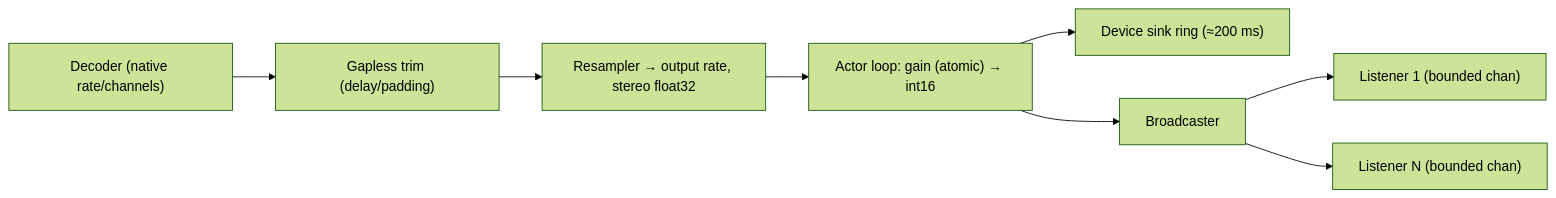
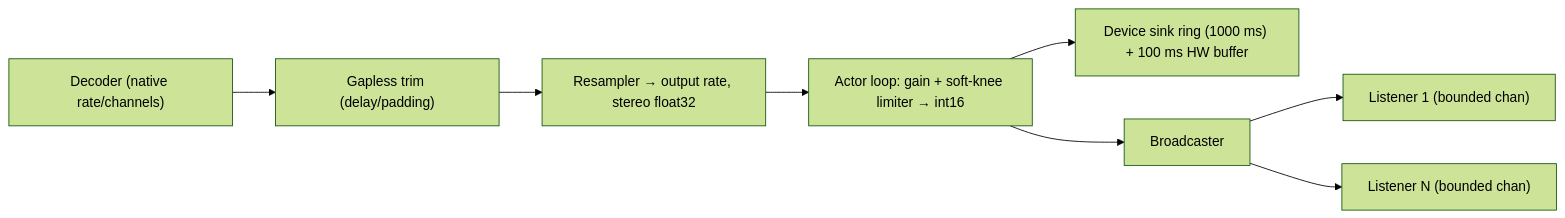
One commit to FredyRamadhan/eklips changed the second of 2 diagrams in docs/architecture.md. Above: the diagram before and after it, drawn with Mermaid (forest theme). The commit also changed other lines of this file and 4 other files, not shown here.

````diff
--- a/docs/architecture.md
+++ b/docs/architecture.md
@@ -86,10 +86,10 @@
 ```mermaid
 flowchart LR
     D["Decoder (native rate/channels)"] --> T["Gapless trim (delay/padding)"]
     T --> R["Resampler → output rate, stereo float32"]
-    R --> A["Actor loop: gain (atomic) → int16"]
-    A --> DS["Device sink ring (≈200 ms)"]
+    R --> A["Actor loop: gain + soft-knee limiter → int16"]
+    A --> DS["Device sink ring (1000 ms) + 100 ms HW buffer"]
     A --> B["Broadcaster"]
     B --> L1["Listener 1 (bounded chan)"]
     B --> L2["Listener N (bounded chan)"]
 ```
````
